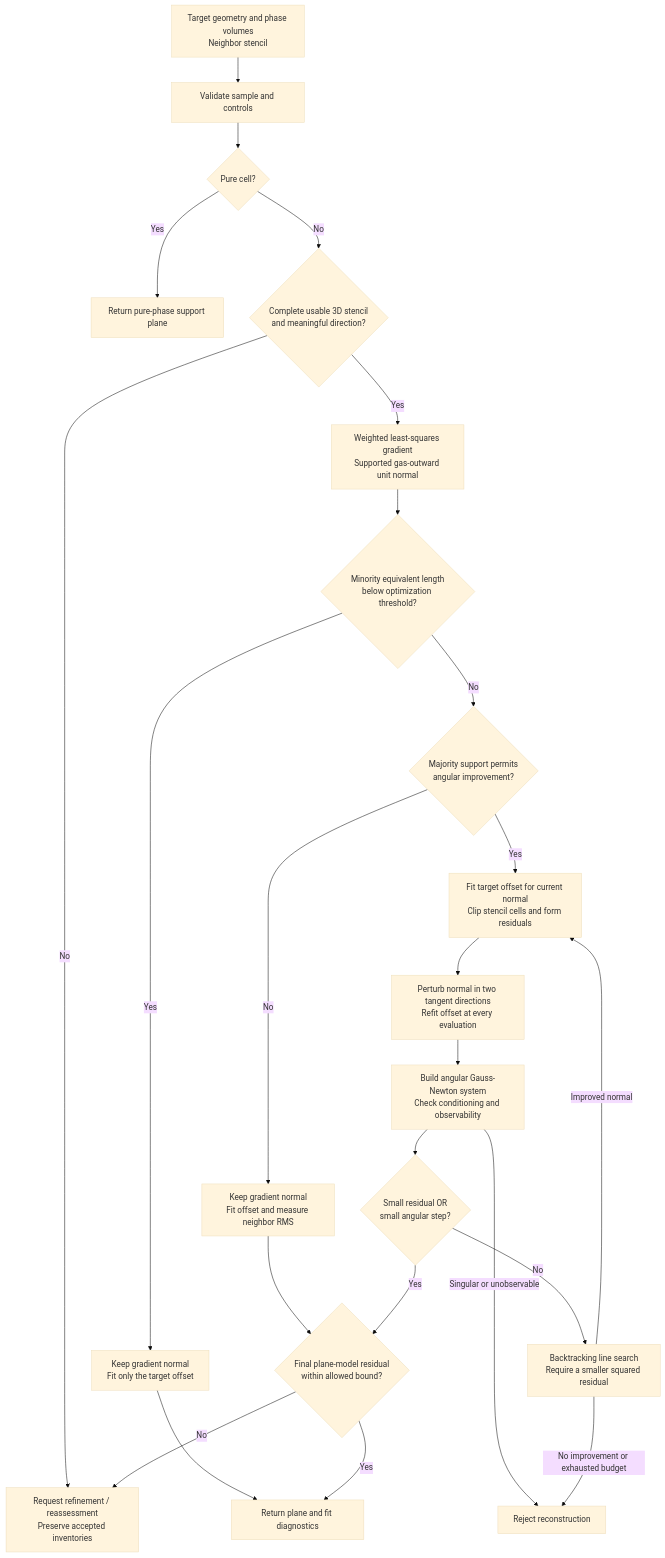
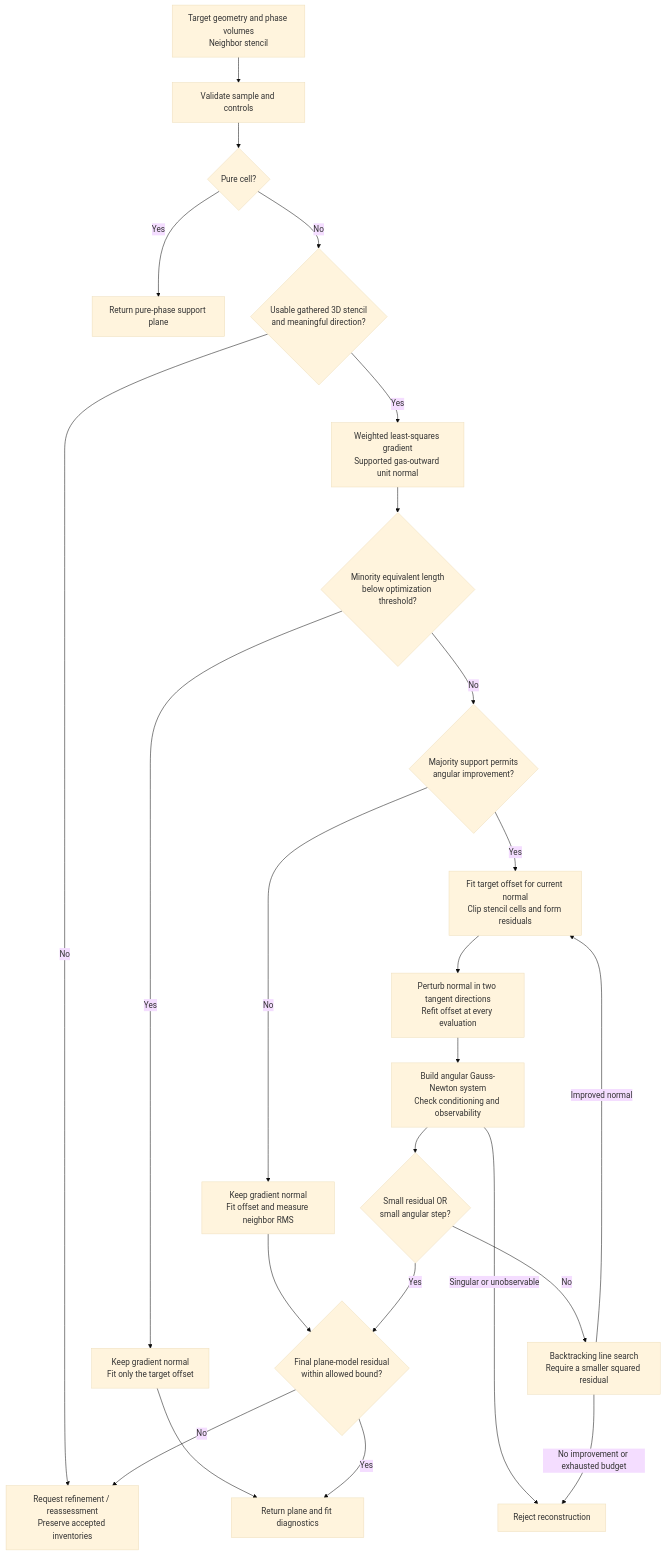
The first of 2 diagrams in docs/modeling/plic.md (islandox/SimpleFluid), drawn with Mermaid (base theme) before and after one commit. The commit also changed 42 other files, not shown here.

````diff
--- a/docs/modeling/plic.md
+++ b/docs/modeling/plic.md
@@ -92,39 +92,39 @@
 ```mermaid
 flowchart TD
     A["Target geometry and phase volumes<br/>Neighbor stencil"]
     B["Validate sample and controls"]
     C{"Pure cell?"}
     P["Return pure-phase support plane"]
-    D{"Complete usable 3D stencil<br/>and meaningful direction?"}
+    D{"Usable gathered 3D stencil<br/>and meaningful direction?"}
     R["Request refinement / reassessment<br/>Preserve accepted inventories"]
     E["Weighted least-squares gradient<br/>Supported gas-outward unit normal"]
     S{"Minority equivalent length<br/>below optimization threshold?"}
     O["Keep gradient normal<br/>Fit only the target offset"]
     M{"Majority support permits<br/>angular improvement?"}
     W["Keep gradient normal<br/>Fit offset and measure neighbor RMS"]
     F["Fit target offset for current normal<br/>Clip stencil cells and form residuals"]
     G["Perturb normal in two tangent directions<br/>Refit offset at every evaluation"]
     H["Build angular Gauss-Newton system<br/>Check conditioning and observability"]
     I{"Small residual OR<br/>small angular step?"}
     J["Backtracking line search<br/>Require a smaller squared residual"]
     K{"Final plane-model residual<br/>within allowed bound?"}
     L["Return plane and fit diagnostics"]
     X["Reject reconstruction"]
 
     A --> B --> C
     C -- Yes --> P
     C -- No --> D
     D -- No --> R
     D -- Yes --> E --> S
     S -- Yes --> O --> L
     S -- No --> M
     M -- No --> W --> K
     M -- Yes --> F --> G --> H --> I
     H -- Singular or unobservable --> X
     I -- No --> J
     J -- Improved normal --> F
     J -- No improvement or exhausted budget --> X
     I -- Yes --> K
     K -- Yes --> L
     K -- No --> R
 ```
````
